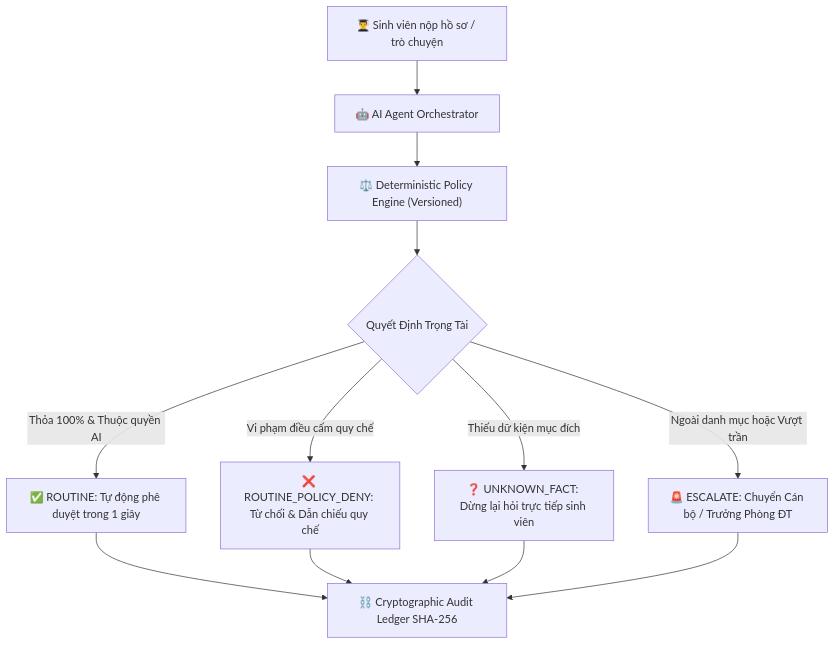
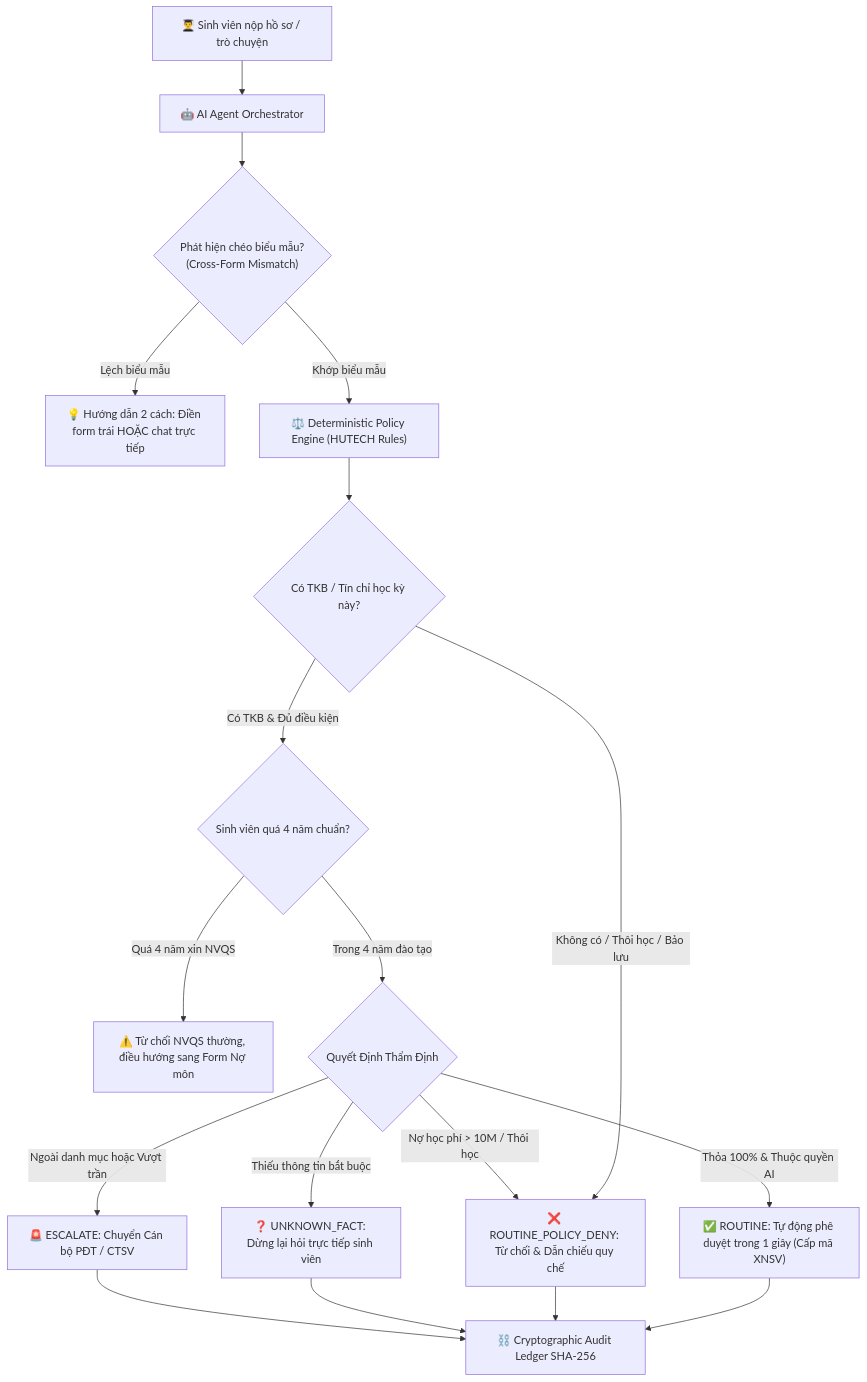
One commit to HuuNhan-147/EduRef_AI_Agent changed the first of 3 diagrams in README.md. Above: the diagram before and after it, drawn with Mermaid. The commit also changed other lines of this file and 19 other files, not shown here.

````diff
--- a/README.md
+++ b/README.md
@@ -59,16 +62,24 @@
 ```mermaid
 graph TD
     User["👨‍🎓 Sinh viên nộp hồ sơ / trò chuyện"] --> Agent["🤖 AI Agent Orchestrator"]
-    Agent --> Policy["⚖️ Deterministic Policy Engine (Versioned)"]
+    Agent --> IntentCheck{"Phát hiện chéo biểu mẫu?<br/>(Cross-Form Mismatch)"}
+    IntentCheck -->|"Lệch biểu mẫu"| ClarifyForm["💡 Hướng dẫn 2 cách: Điền form trái HOẶC chat trực tiếp"]
+    IntentCheck -->|"Khớp biểu mẫu"| Policy["⚖️ Deterministic Policy Engine (HUTECH Rules)"]
     
-    Policy --> Decisions{"Quyết Định Trọng Tài"}
-    Decisions -->|"Thỏa 100% & Thuộc quyền AI"| AUTO["✅ ROUTINE: Tự động phê duyệt trong 1 giây"]
-    Decisions -->|"Thiếu dữ kiện mục đích"| ASK["❓ UNKNOWN_FACT: Dừng lại hỏi trực tiếp sinh viên"]
-    Decisions -->|"Vi phạm điều cấm quy chế"| REJECT["❌ ROUTINE_POLICY_DENY: Từ chối & Dẫn chiếu quy chế"]
-    Decisions -->|"Ngoài danh mục hoặc Vượt trần"| ESCALATE["🚨 ESCALATE: Chuyển Cán bộ / Trưởng Phòng ĐT"]
+    Policy --> ScheduleCheck{"Có TKB / Tín chỉ học kỳ này?"}
+    ScheduleCheck -->|"Không có / Thôi học / Bảo lưu"| REJECT["❌ ROUTINE_POLICY_DENY: Từ chối & Dẫn chiếu quy chế"]
+    ScheduleCheck -->|"Có TKB & Đủ điều kiện"| Over4Years{"Sinh viên quá 4 năm chuẩn?"}
+    
+    Over4Years -->|"Quá 4 năm xin NVQS"| RedirectDebt["⚠️ Từ chối NVQS thường, điều hướng sang Form Nợ môn"]
+    Over4Years -->|"Trong 4 năm đào tạo"| Decisions{"Quyết Định Thẩm Định"}
+    
+    Decisions -->|"Thỏa 100% & Thuộc quyền AI"| AUTO["✅ ROUTINE: Tự động phê duyệt trong 1 giây (Cấp mã XNSV)"]
+    Decisions -->|"Thiếu thông tin bắt buộc"| ASK["❓ UNKNOWN_FACT: Dừng lại hỏi trực tiếp sinh viên"]
+    Decisions -->|"Nợ học phí > 10M / Thôi học"| REJECT
+    Decisions -->|"Ngoài danh mục hoặc Vượt trần"| ESCALATE["🚨 ESCALATE: Chuyển Cán bộ PĐT / CTSV"]
     
     AUTO --> Audit["⛓️ Cryptographic Audit Ledger SHA-256"]
     REJECT --> Audit
     ASK --> Audit
     ESCALATE --> Audit
 ```
````
